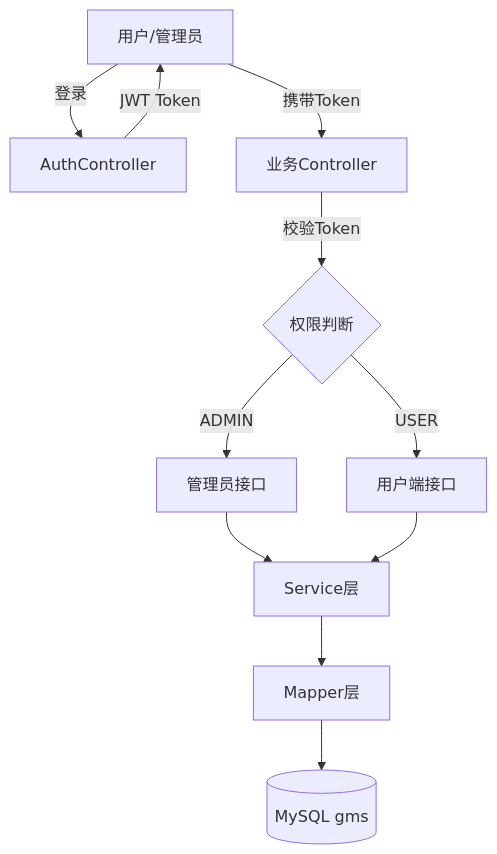
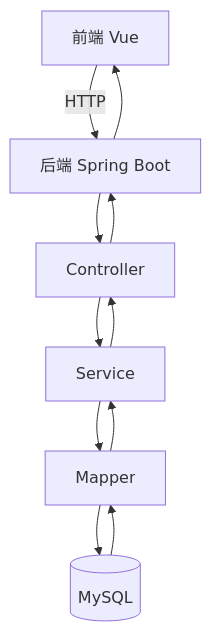
Before and after one commit to SlientStarRiver/green-admin: the diagram in architecture.md, drawn with Mermaid. The commit also changed other lines of this file and 3 other files, not shown here.

````diff
--- a/architecture.md
+++ b/architecture.md
@@ -65,13 +46,9 @@
 ```mermaid
 flowchart TD
-    A[用户/管理员] -->|登录| B[AuthController]
-    B -->|JWT Token| A
-    A -->|携带Token| C[业务Controller]
-    C -->|校验Token| D{权限判断}
-    D -->|ADMIN| E[管理员接口]
-    D -->|USER| F[用户端接口]
-    E --> G[Service层]
-    F --> G
-    G --> H[Mapper层]
-    H --> I[(MySQL gms)]
+    A[前端 Vue] -->|HTTP| B[后端 Spring Boot]
+    B --> C[Controller]
+    C --> D[Service]
+    D --> E[Mapper]
+    E --> F[(MySQL)]
+    F --> E --> D --> C --> B --> A
 ```
````
